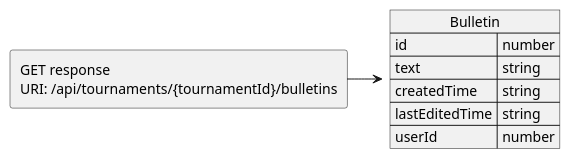
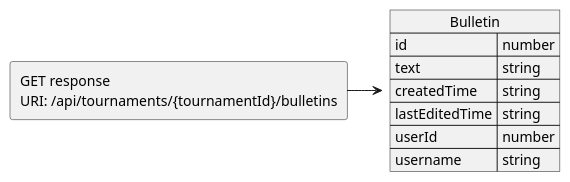
Before and after one commit to JKMN-Projects/TeamTactics: the diagram in docs/JSON Contracts/Responses/GetBulletin.puml, drawn with PlantUML. The commit also changed 4 other files, not shown here.

```diff
--- a/docs/JSON Contracts/Responses/GetBulletin.puml
+++ b/docs/JSON Contracts/Responses/GetBulletin.puml
@@ -1,14 +1,15 @@
 @startuml Get bulletin response
 allowmixing
 
 agent "GET response \nURI: /api/tournaments/{tournamentId}/bulletins"
   json "Bulletin" as J {
     "id": "number",
     "text": "string",
     "createdTime": "string",
     "lastEditedTime": "string",
-    "userId": "number"
+    "userId": "number",
+    "username": "string"
   }
 
 "GET response \nURI: /api/tournaments/{tournamentId}/bulletins" -> J 
 @enduml
```
